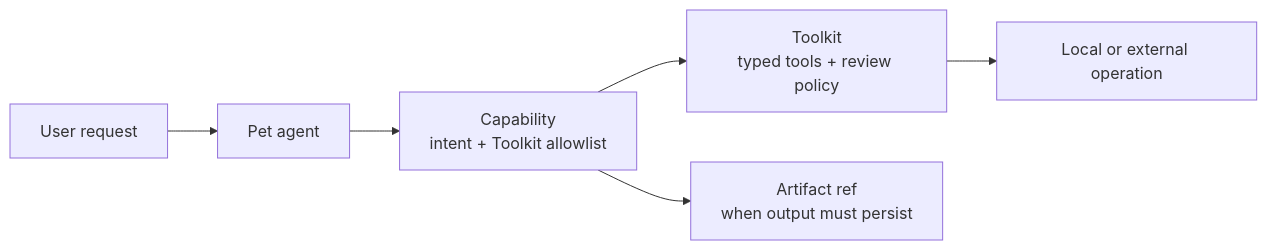
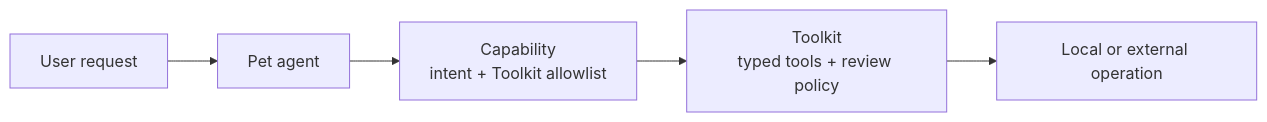
The diagram in docs/concepts/core-concepts.md (pinpawo/pinpawo-agent), drawn with Mermaid before and after one commit. The commit also changed other lines of this file and 93 other files, not shown here.

````diff
--- a/docs/concepts/core-concepts.md
+++ b/docs/concepts/core-concepts.md
@@ -65,8 +63,7 @@
 ```mermaid
 flowchart LR
   R["User request"] --> P["Pet agent"]
   P --> C["Capability\nintent + Toolkit allowlist"]
   C --> T["Toolkit\ntyped tools + review policy"]
   T --> O["Local or external operation"]
-  C --> A["Artifact ref\nwhen output must persist"]
 ```
````
